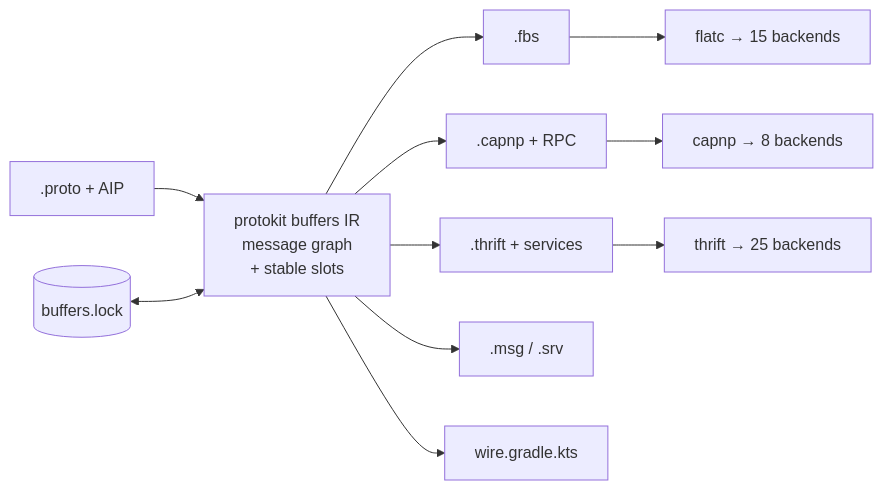
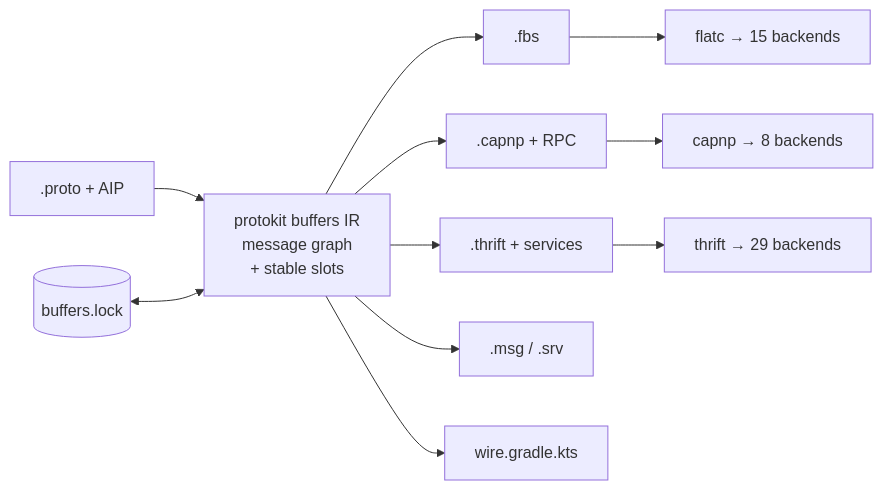
Before and after one commit to the-protobuf-project/buffers: the first of 5 diagrams in README.md, drawn with Mermaid. The commit also changed other lines of this file and 13 other files, not shown here.

````diff
--- a/README.md
+++ b/README.md
@@ -61,13 +61,13 @@
 ```mermaid
 flowchart LR
     P[".proto + AIP"] --> IR["protokit buffers IR<br/>message graph<br/>+ stable slots"]
     L[("buffers.lock")] <--> IR
     IR --> FB[".fbs"]
     IR --> CP[".capnp + RPC"]
     IR --> TH[".thrift + services"]
     IR --> RS[".msg / .srv"]
     IR --> WR["wire.gradle.kts"]
     FB --> FC["flatc → 15 backends"]
     CP --> CC["capnp → 8 backends"]
-    TH --> TC["thrift → 25 backends"]
+    TH --> TC["thrift → 29 backends"]
 ```
````
